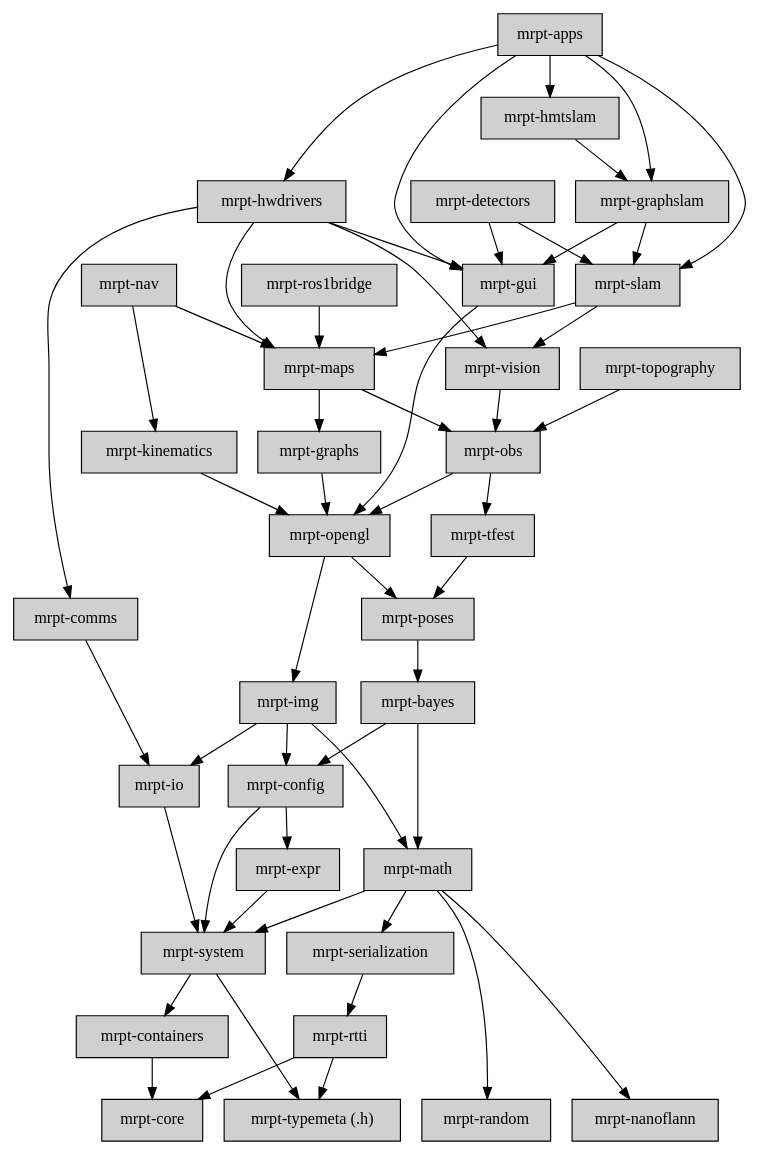
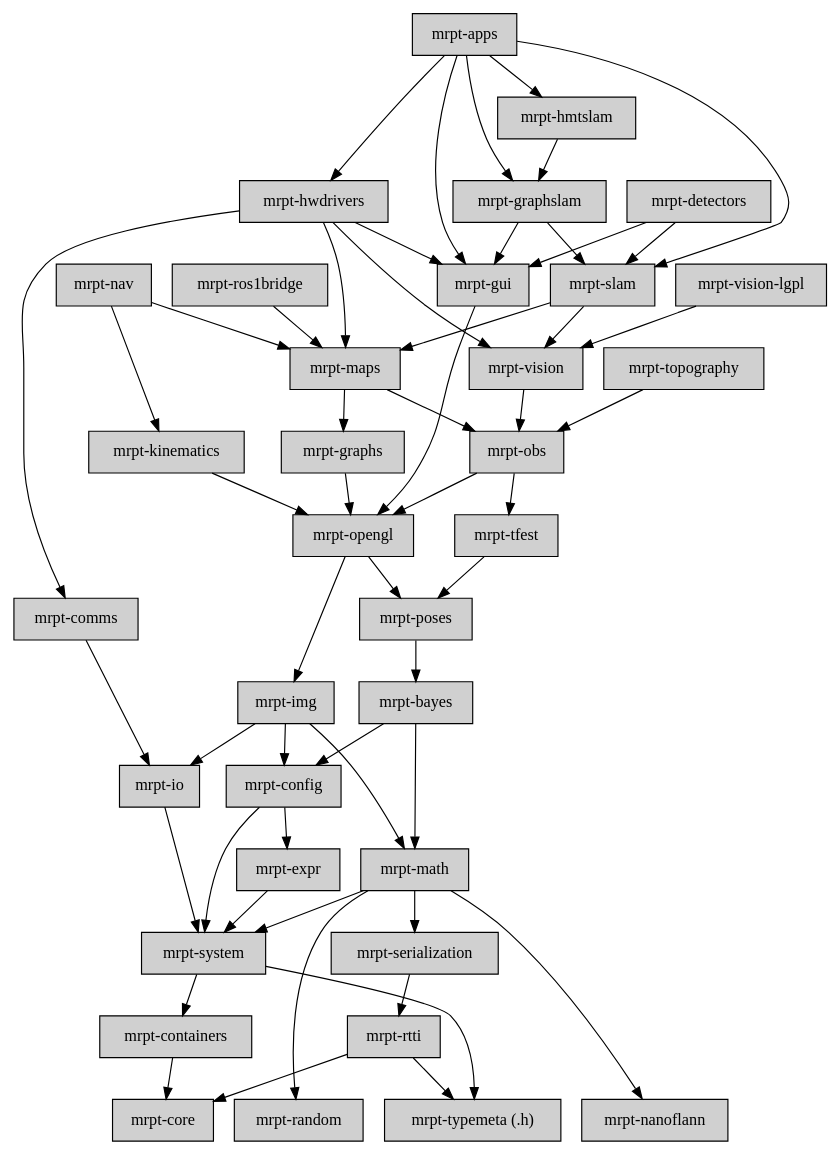
One commit to MRPT/mrpt changed the diagram in doc/source/images/graph_mrpt_libs.dot. Above: the diagram before and after it, drawn with Graphviz. The commit also changed 22 other files, not shown here.

```diff
--- a/doc/source/images/graph_mrpt_libs.dot
+++ b/doc/source/images/graph_mrpt_libs.dot
@@ -1,130 +1,133 @@
 digraph MRPT_LIBS {
 
 	node [shape=box,style=filled, fillcolor="#D0D0D0"];
 
 	apps [label="mrpt-apps",URL="group_mrpt_bayes_grp.html"];
 	apps -> gui;
 	apps -> slam;
 	apps -> hwdrivers;
 	apps -> graphslam;
 	apps -> hmtslam;
 
 	bayes [label="mrpt-bayes",URL="group_mrpt_bayes_grp.html"];
 	bayes -> math;
 	bayes -> config;
 
 	comms [label="mrpt-comms",URL="group_mrpt_comms_grp.html"];
 	comms -> io;
 
 	config   [label="mrpt-config",URL="group_mrpt_config_grp.html"];
 	config -> expr;
 	config -> system;
 
 	containers  [label="mrpt-containers",URL="group_mrpt_containers_grp.html"];
 	containers -> core;
 
 	{ rank = sink;
 	core       [label="mrpt-core",URL="group_mrpt_core_grp.html"];
 	}
 
 	detectors  [label="mrpt-detectors",URL="group_mrpt_detectors_grp.html"];
 	detectors -> gui;
 	detectors -> slam;
 
 	expr       [label="mrpt-expr",URL="group_mrpt_expr_grp.html"];
 	expr -> system;
 
 	graphs     [label="mrpt-graphs",URL="group_mrpt_graphs_grp.html"];
 	graphs -> opengl;
 
 	graphslam  [label="mrpt-graphslam",URL="group_mrpt_graphslam_grp.html"];
 	graphslam -> gui;
 	graphslam -> slam;
 
 	gui        [label="mrpt-gui",URL="group_mrpt_gui_grp.html"];
 	gui -> opengl;
 
 	hmtslam    [label="mrpt-hmtslam",URL="group_mrpt_hmtslam_grp.html"];
 	hmtslam -> graphslam;
 
 	hwdrivers  [label="mrpt-hwdrivers",URL="group_mrpt_hwdrivers_grp.html"];
 	hwdrivers -> comms;
 	hwdrivers -> gui;
 	hwdrivers -> maps;
 	hwdrivers -> vision;
 
 	img [label="mrpt-img",URL="group_mrpt_img_grp.html"];
 	img  -> io;
 	img  -> math;
 	img  -> config;
 
 	io [label="mrpt-io",URL="group_mrpt_io_grp.html"];
 	io  -> system;
 
 	kinematics [label="mrpt-kinematics",URL="group_mrpt_kinematics_grp.html"];
 	kinematics -> opengl;
 
 	maps       [label="mrpt-maps",URL="group_mrpt_maps_grp.html"];
 	maps -> graphs;
 	maps -> obs;
 
 	math       [label="mrpt-math",URL="group_mrpt_math_grp.html"];
 	math -> serialization;
 	math -> random;
 	math -> system;
 	math -> nanoflann;
 
 	{ rank = sink;
 	nanoflann  [label="mrpt-nanoflann",URL="group_nanoflann_grp.html"];
 	}
 
 	nav        [label="mrpt-nav",URL="group_mrpt_nav_grp.html"];
 	nav -> kinematics;
 	nav -> maps;
 
 	obs        [label="mrpt-obs",URL="group_mrpt_obs_grp.html"];
 	obs -> opengl;
 	obs -> tfest;
 
 	opengl     [label="mrpt-opengl", URL="group_mrpt_opengl_grp.html"];
 	opengl -> poses;
 	opengl -> img;
 
 	poses     [label="mrpt-poses",URL="group_mrpt_poses_grp.html"];
 	poses -> bayes;
 
 	{ rank = sink;
 	random     [label="mrpt-random",URL="group_mrpt_random_grp.html"];
 	}
 
 	rtti     [label="mrpt-rtti",URL="group_mrpt_rtti_grp.html"];
 	rtti -> core;
 	rtti -> typemeta;
 
 	ros1bridge   [label="mrpt-ros1bridge", URL="group_mrpt_ros1bridge_grp.html"];
 	ros1bridge -> maps;
 
 	serialization [label="mrpt-serialization",URL="group_mrpt_serialization_grp.html"];
 	serialization -> rtti;
 
 	slam       [label="mrpt-slam",URL="group_mrpt_slam_grp.html"];
 	slam -> maps;
 	slam -> vision;
 
 	system     [label="mrpt-system",URL="group_mrpt_system_grp.html"];
 	system -> typemeta;
 	system -> containers;
 
 	tfest      [label="mrpt-tfest",URL="group_mrpt_tfest_grp.html"];
 	tfest -> poses;
 
 	topography [label="mrpt-topography",URL="group_mrpt_topography_grp.html"];
 	topography -> obs;
 
 	{ rank = sink;
 	typemeta [label="mrpt-typemeta (.h)",URL="group_mrpt_typemeta_grp.html"];
 	}
 
 	vision     [label="mrpt-vision",URL="group_mrpt_vision_grp.html"];
 	vision -> obs;
+
+	visionlgpl     [label="mrpt-vision-lgpl",URL="group_mrpt_vision_lgpl_grp.html"];
+	visionlgpl -> vision;
 }
```
